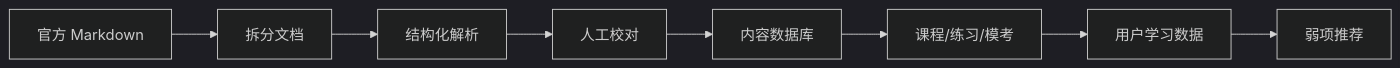
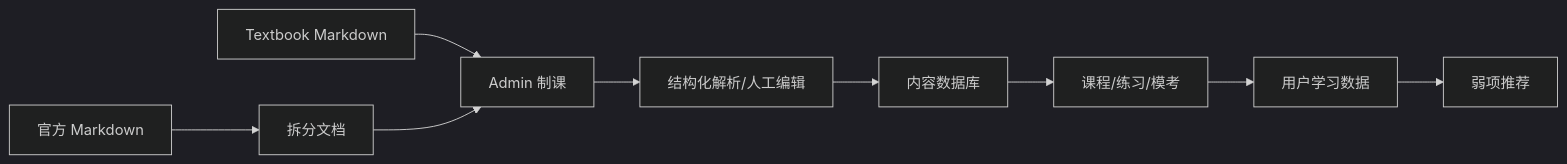
The diagram in docs/project/02-content-data-plan.md (yylzhixian/hskwise), drawn with Mermaid (dark theme) before and after one commit. The commit also changed other lines of this file and 6 other files, not shown here.

````diff
--- a/docs/project/02-content-data-plan.md
+++ b/docs/project/02-content-data-plan.md
@@ -189,10 +213,11 @@
 ```mermaid
 flowchart LR
   A["官方 Markdown"] --> B["拆分文档"]
-  B --> C["结构化解析"]
-  C --> D["人工校对"]
+  T["Textbook Markdown"] --> C["Admin 制课"]
+  B --> C
+  C --> D["结构化解析/人工编辑"]
   D --> E["内容数据库"]
   E --> F["课程/练习/模考"]
   F --> G["用户学习数据"]
   G --> H["弱项推荐"]
 ```
````
